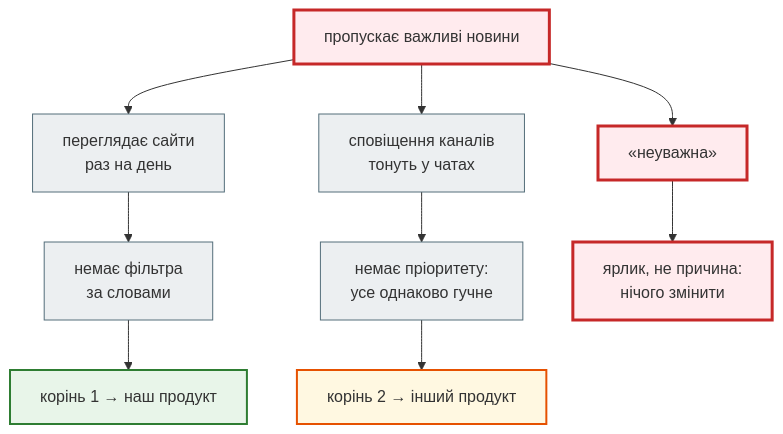
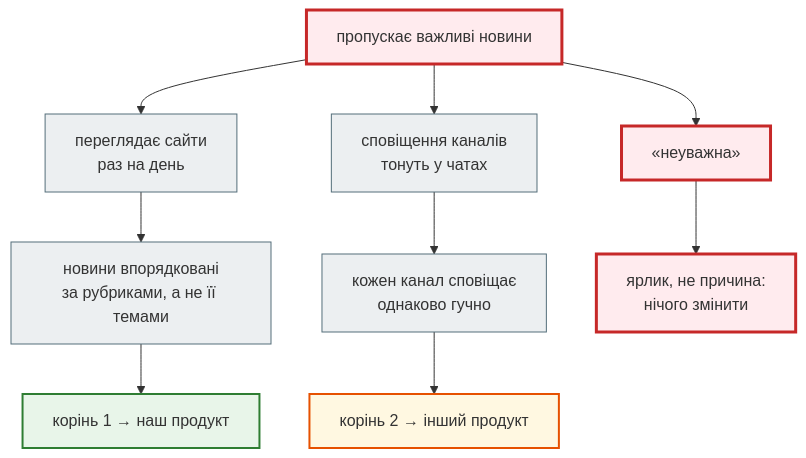
The third of 4 diagrams in docs/modules/m6/lesson_52.md (AlinaRadchenko/PY-Course-Victor-Nikoriak-22-09-2026), drawn with Mermaid before and after one commit. The commit also changed other lines of this file and 3 other files, not shown here.

````diff
--- a/docs/modules/m6/lesson_52.md
+++ b/docs/modules/m6/lesson_52.md
@@ -153,23 +158,23 @@
 ```mermaid
 flowchart TD
     classDef step     fill:#eceff1,stroke:#546e7a,stroke-width:1px;
     classDef decision fill:#e3f2fd,stroke:#1565c0,stroke-width:2px;
     classDef success  fill:#e8f5e9,stroke:#2e7d32,stroke-width:2px;
     classDef error    fill:#ffebee,stroke:#c62828,stroke-width:3px;
     classDef warning  fill:#fff8e1,stroke:#e65100,stroke-width:2px;
 
     S["пропускає важливі новини"] --> A["переглядає сайти<br>раз на день"]
     S --> B["сповіщення каналів<br>тонуть у чатах"]
     S --> C["«неуважна»"]
-    A --> A2["немає фільтра<br>за словами"]
-    B --> B2["немає пріоритету:<br>усе однаково гучне"]
+    A --> A2["новини впорядковані<br>за рубриками, а не її темами"]
+    B --> B2["кожен канал сповіщає<br>однаково гучно"]
     C --> C2["ярлик, не причина:<br>нічого змінити"]
     A2 --> R1["корінь 1 → наш продукт"]
     B2 --> R2["корінь 2 → інший продукт"]
 
     class S error
     class A,B,A2,B2 step
     class C,C2 error
     class R1 success
     class R2 warning
 ```
````
